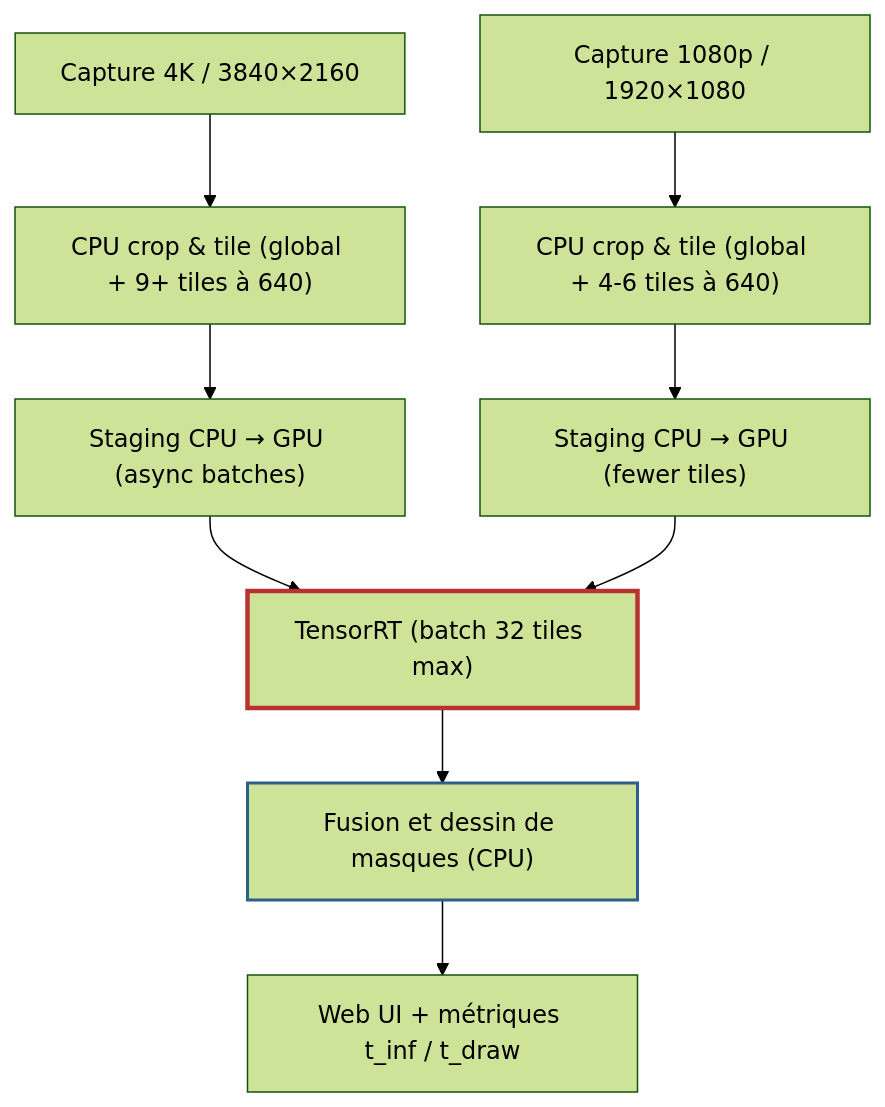
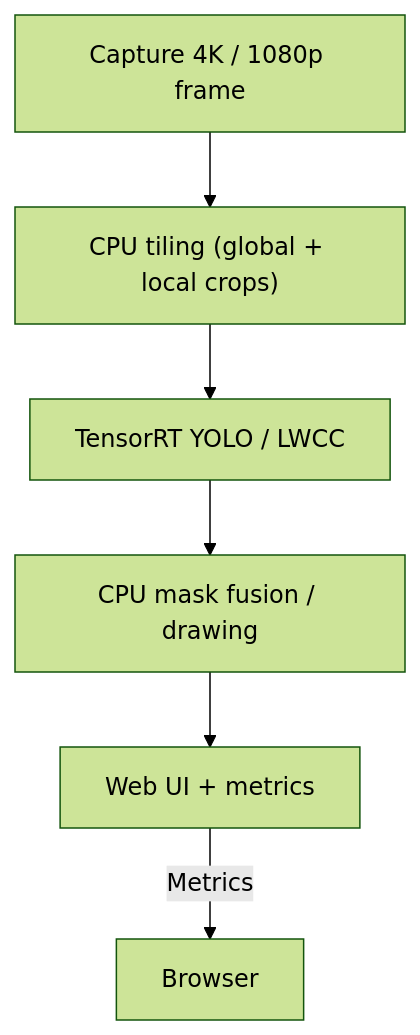
One commit to Nutz95/PeopleCounter changed the second of 2 diagrams in README_DOCKER.md. Above: the diagram before and after it, drawn with Mermaid (forest theme). The commit also changed other lines of this file and 8 other files, not shown here.

First line of the commit message:
feat/docs: Revise architecture and Docker documentation; add parameter guide

````diff
--- a/README_DOCKER.md
+++ b/README_DOCKER.md
@@ -79,13 +45,10 @@
 ```mermaid
 flowchart TB
-   Capture4K["Capture 4K / 3840×2160"] --> Crop4K["CPU crop & tile (global + 9+ tiles à 640)"]
-   Capture1080["Capture 1080p / 1920×1080"] --> Crop1080["CPU crop & tile (global + 4-6 tiles à 640)"]
-   Crop4K --> Upload4K["Staging CPU → GPU (async batches)"]
-   Crop1080 --> Upload1080["Staging CPU → GPU (fewer tiles)"]
-   Upload4K --> TensorRT["TensorRT (batch 32 tiles max)"]
-   Upload1080 --> TensorRT
-   TensorRT --> CPUFuse["Fusion et dessin de masques (CPU)"]
-   CPUFuse --> WebMetrics["Web UI + métriques t_inf / t_draw"]
-   style TensorRT stroke:#b83232,stroke-width:3px
-   style CPUFuse stroke:#2d5f8b,stroke-width:2px
+    Capture["Capture 4K / 1080p frame"]
+    Tile["CPU tiling (global + local crops)"]
+    TensorRT["TensorRT YOLO / LWCC"]
+    Compose["CPU mask fusion / drawing"]
+    Web["Web UI + metrics"]
+    Capture --> Tile --> TensorRT --> Compose --> Web
+    Web -->|Metrics| Browser
 ```
````
